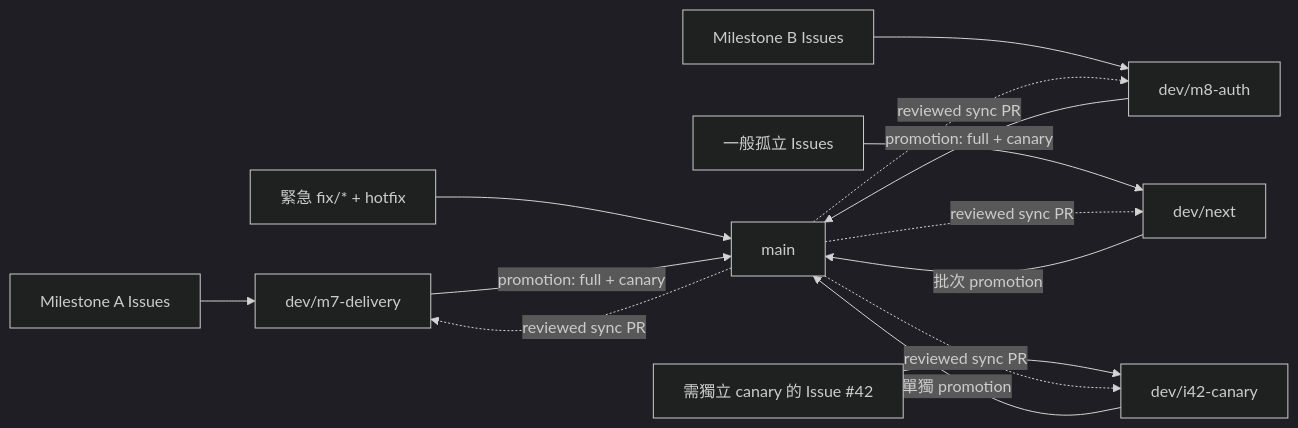
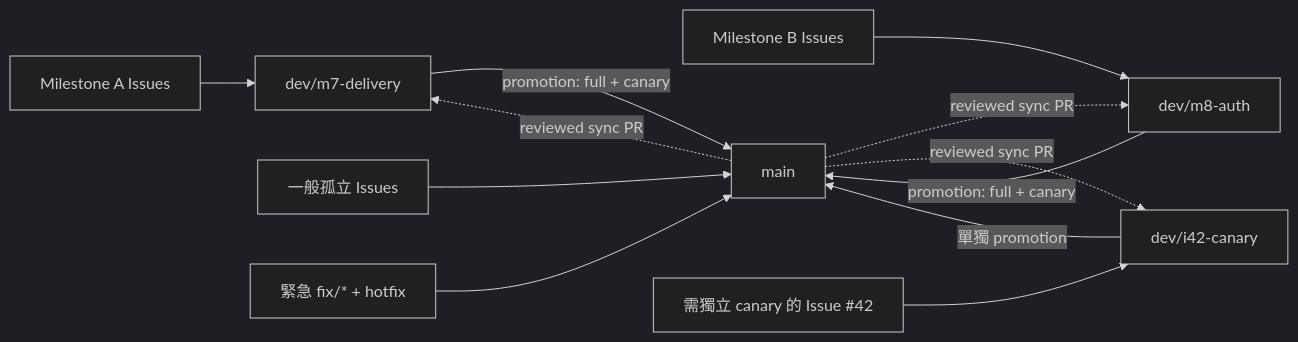
One commit to Innoguard-Cyber-Arch/csarc-repo-template changed the diagram in README.md. Above: the diagram before and after it, drawn with Mermaid (dark theme). The commit also changed other lines of this file and 55 other files, not shown here.

````diff
--- a/README.md
+++ b/README.md
@@ -73,16 +73,14 @@
 ```mermaid
 flowchart LR
   A1["Milestone A Issues"] --> MA["dev/m7-delivery"]
   B1["Milestone B Issues"] --> MB["dev/m8-auth"]
-  S["一般孤立 Issues"] --> N["dev/next"]
+  S["一般孤立 Issues"] --> MAIN
   I["需獨立 canary 的 Issue #42"] --> DI["dev/i42-canary"]
   H["緊急 fix/* + hotfix"] --> MAIN["main"]
   MA -->|promotion: full + canary| MAIN
   MB -->|promotion: full + canary| MAIN
-  N -->|批次 promotion| MAIN
   DI -->|單獨 promotion| MAIN
   MAIN -. "reviewed sync PR" .-> MA
   MAIN -. "reviewed sync PR" .-> MB
-  MAIN -. "reviewed sync PR" .-> N
   MAIN -. "reviewed sync PR" .-> DI
 ```
````
